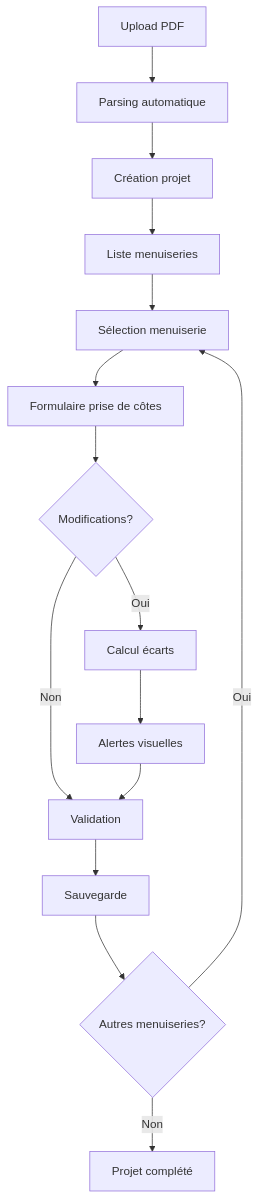
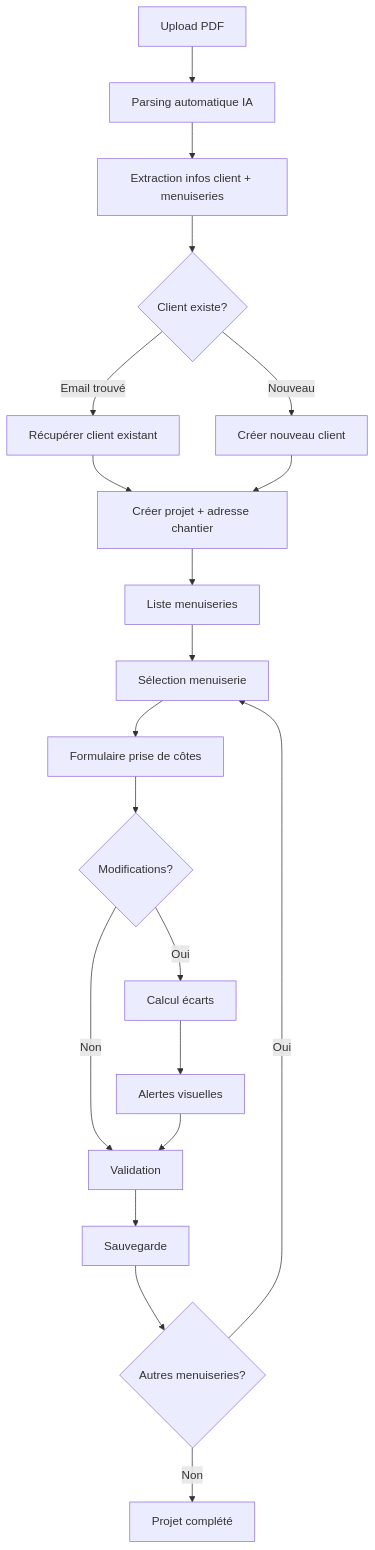
Before and after one commit to julienbutty/prometrage: the diagram in docs/CONTEXT.md, drawn with Mermaid. The commit also changed other lines of this file and 11 other files, not shown here.

````diff
--- a/docs/CONTEXT.md
+++ b/docs/CONTEXT.md
@@ -106,17 +127,22 @@
 ```mermaid
 graph TD
-    A[Upload PDF] --> B[Parsing automatique]
-    B --> C[Création projet]
-    C --> D[Liste menuiseries]
-    D --> E[Sélection menuiserie]
-    E --> F[Formulaire prise de côtes]
-    F --> G{Modifications?}
-    G -->|Oui| H[Calcul écarts]
-    G -->|Non| I[Validation]
-    H --> J[Alertes visuelles]
-    J --> I
-    I --> K[Sauvegarde]
-    K --> L{Autres menuiseries?}
-    L -->|Oui| E
-    L -->|Non| M[Projet complété]
+    A[Upload PDF] --> B[Parsing automatique IA]
+    B --> C[Extraction infos client + menuiseries]
+    C --> D{Client existe?}
+    D -->|Email trouvé| E[Récupérer client existant]
+    D -->|Nouveau| F[Créer nouveau client]
+    E --> G[Créer projet + adresse chantier]
+    F --> G
+    G --> H[Liste menuiseries]
+    H --> I[Sélection menuiserie]
+    I --> J[Formulaire prise de côtes]
+    J --> K{Modifications?}
+    K -->|Oui| L[Calcul écarts]
+    K -->|Non| M[Validation]
+    L --> N[Alertes visuelles]
+    N --> M
+    M --> O[Sauvegarde]
+    O --> P{Autres menuiseries?}
+    P -->|Oui| I
+    P -->|Non| Q[Projet complété]
 ```
````
